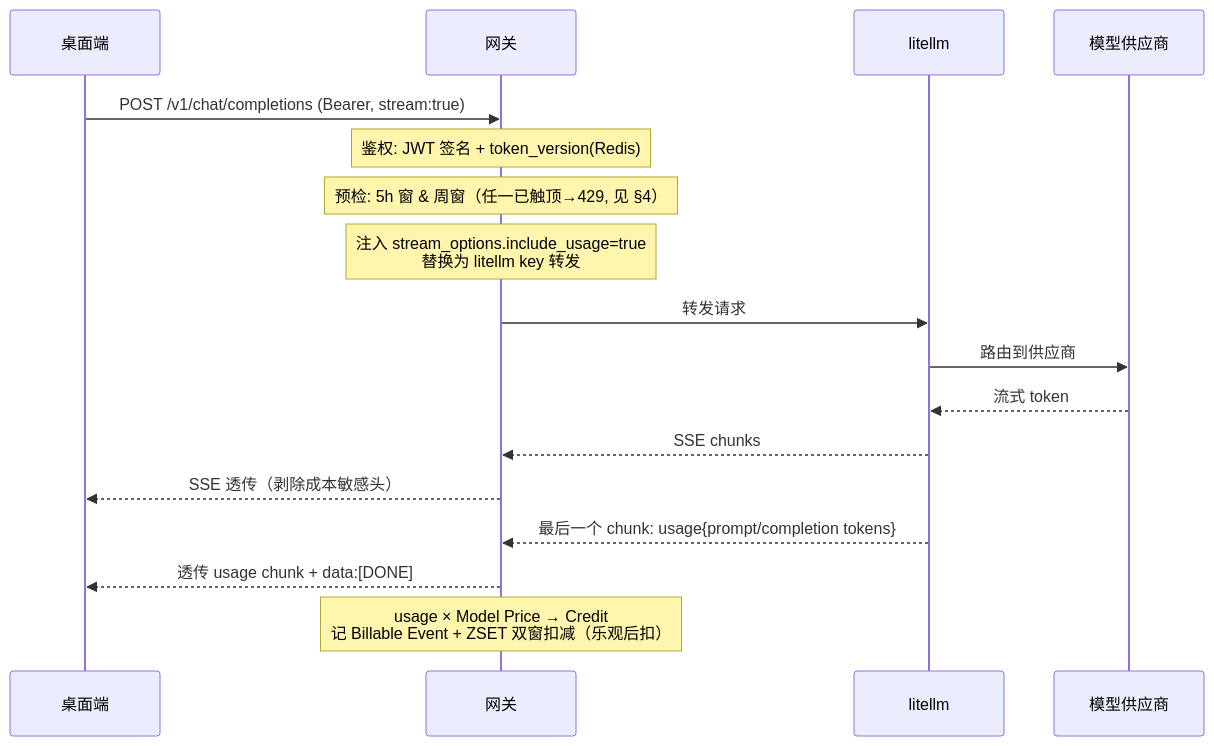
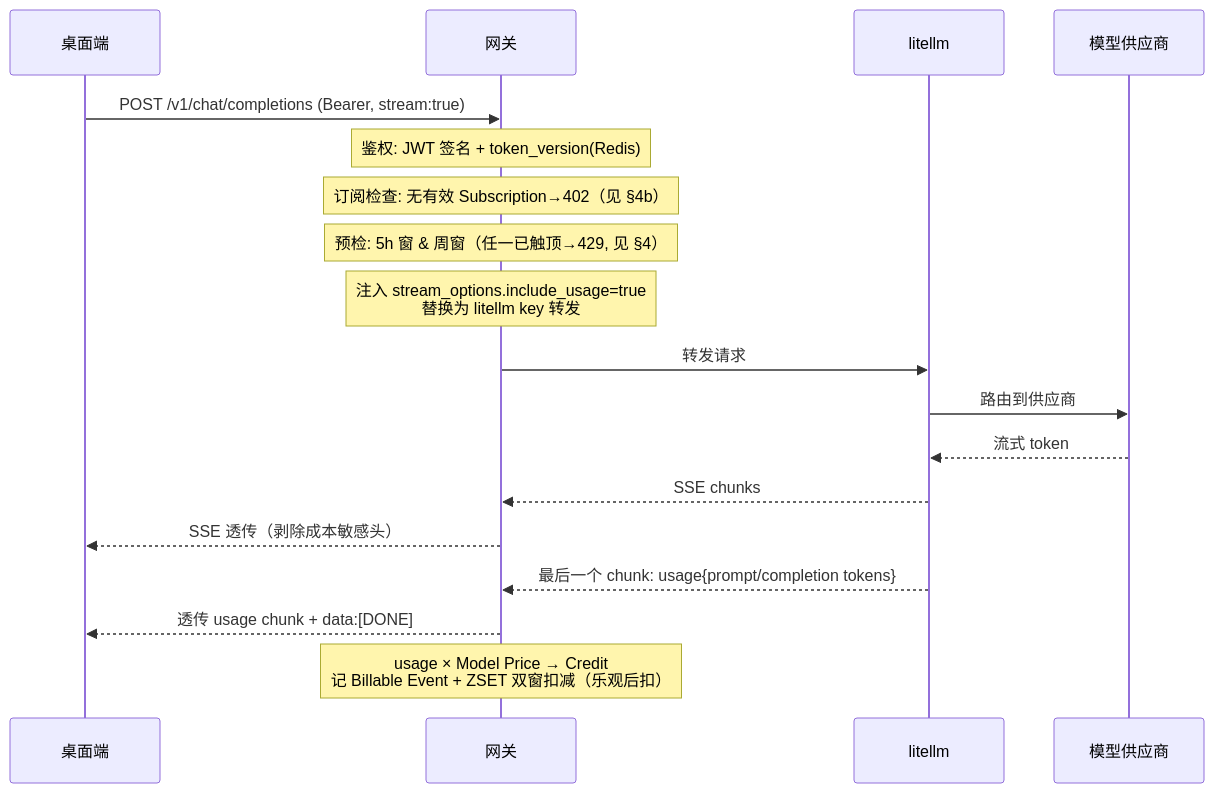
Before and after one commit to pysinsjz/vulture-gateway: the diagram in docs/flows/llm-proxy.md, drawn with Mermaid. The commit also changed other lines of this file and 8 other files, not shown here.

````diff
--- a/docs/flows/llm-proxy.md
+++ b/docs/flows/llm-proxy.md
@@ -56,20 +58,21 @@
 ```mermaid
 sequenceDiagram
     participant D as 桌面端
     participant G as 网关
     participant L as litellm
     participant P as 模型供应商
 
     D->>G: POST /v1/chat/completions (Bearer, stream:true)
     Note over G: 鉴权: JWT 签名 + token_version(Redis)
+    Note over G: 订阅检查: 无有效 Subscription→402（见 §4b）
     Note over G: 预检: 5h 窗 & 周窗（任一已触顶→429, 见 §4）
     Note over G: 注入 stream_options.include_usage=true<br/>替换为 litellm key 转发
     G->>L: 转发请求
     L->>P: 路由到供应商
     P-->>L: 流式 token
     L-->>G: SSE chunks
     G-->>D: SSE 透传（剥除成本敏感头）
     L-->>G: 最后一个 chunk: usage{prompt/completion tokens}
     G-->>D: 透传 usage chunk + data:[DONE]
     Note over G: usage × Model Price → Credit<br/>记 Billable Event + ZSET 双窗扣减（乐观后扣）
 ```
````
